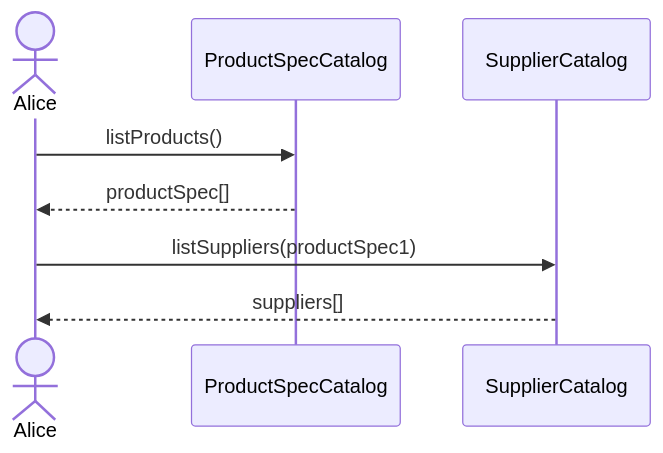
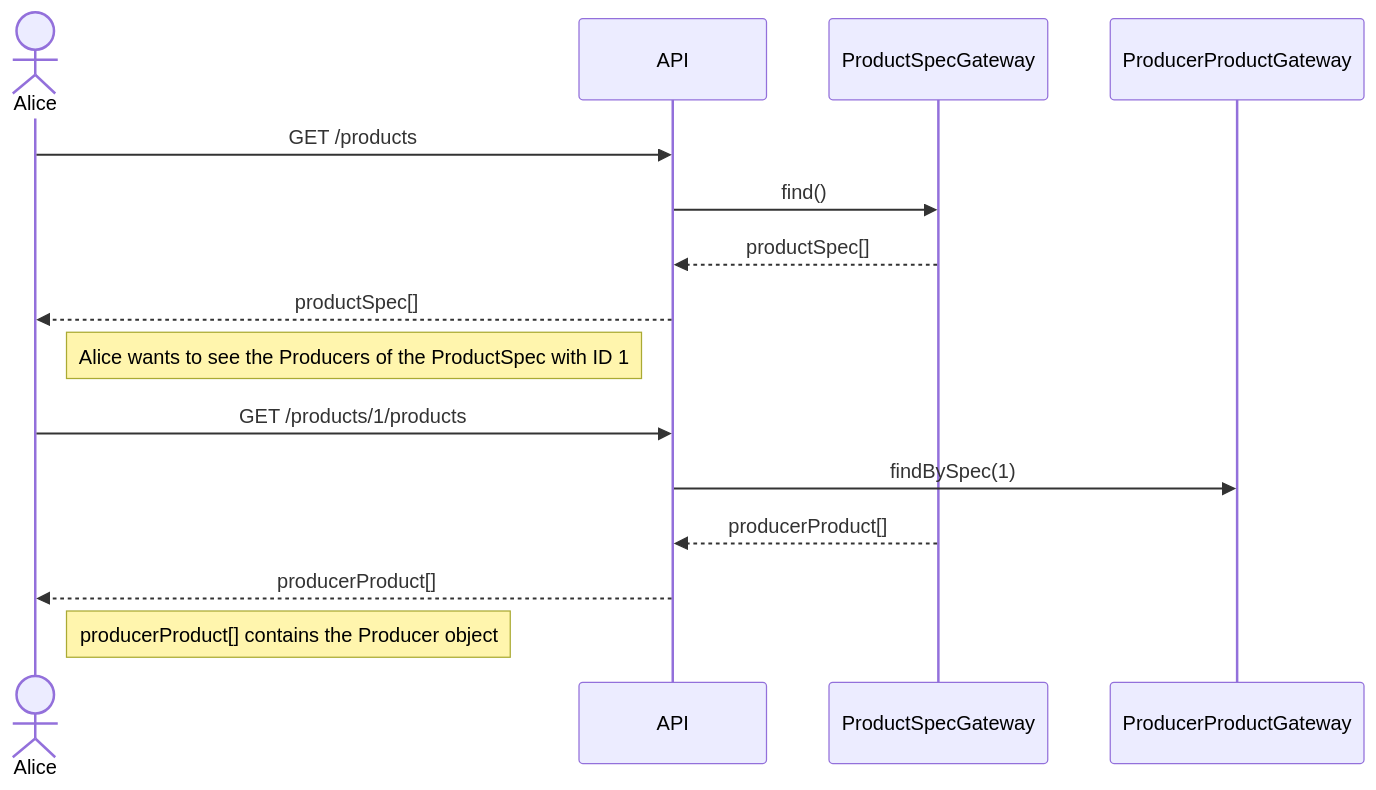
The second of 32 diagrams in sequence.md (hivetown/planning), drawn with Mermaid before and after one commit. The commit also changed other lines of this file, not shown here.

````diff
--- a/sequence.md
+++ b/sequence.md
@@ -63,11 +80,19 @@
 ```mermaid
 sequenceDiagram
     actor A as Alice
-    participant PSC as ProductSpecCatalog
-    participant SC as SupplierCatalog
+    participant API
+    participant PSG as ProductSpecGateway
+    participant PPG as ProducerProductGateway
 
-    A ->> PSC: listProducts()
-    PSC -->> A: productSpec[]
-    A ->> SC: listSuppliers(productSpec1)
-    SC -->> A: suppliers[]
+    A ->> API: GET /products
+    API ->> PSG: find()
+    PSG -->> API: productSpec[]
+    API -->> A: productSpec[]
+
+    Note right of A: Alice wants to see the Producers of the ProductSpec with ID 1
+    A ->> API: GET /products/1/products
+    API ->> PPG: findBySpec(1)
+    PSG -->> API: producerProduct[]
+    API -->> A: producerProduct[]
+    Note right of A: producerProduct[] contains the Producer object
 ```
````
